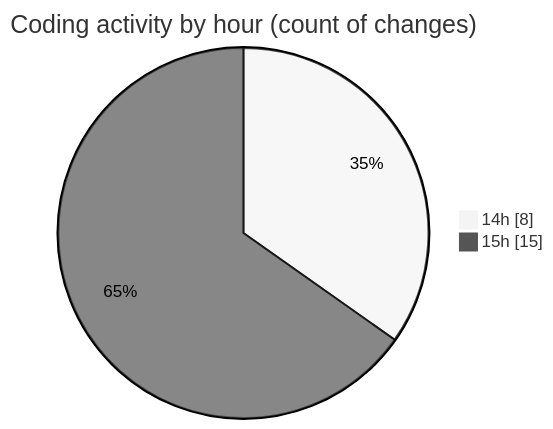
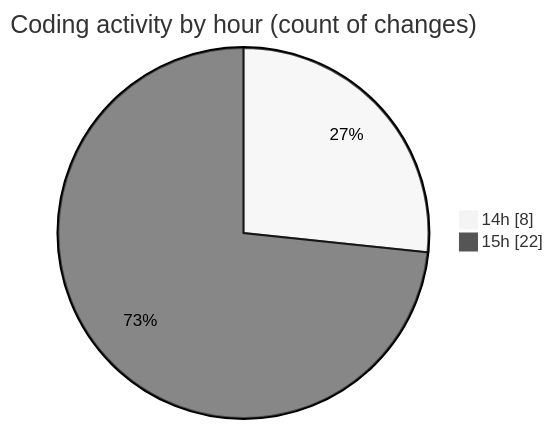
The second of 2 diagrams in 2025-11-12/argos/README.md (nxtqubesakshisongat/code-tracking), drawn with Mermaid (neutral theme) before and after one commit. The commit also changed other lines of this file and 1 other file, not shown here.

````diff
--- a/2025-11-12/argos/README.md
+++ b/2025-11-12/argos/README.md
@@ -31,6 +31,6 @@
 ```mermaid
 pie showData
 title Coding activity by hour (count of changes)
 "14h" : 8
-"15h" : 15
+"15h" : 22
 ```
````
